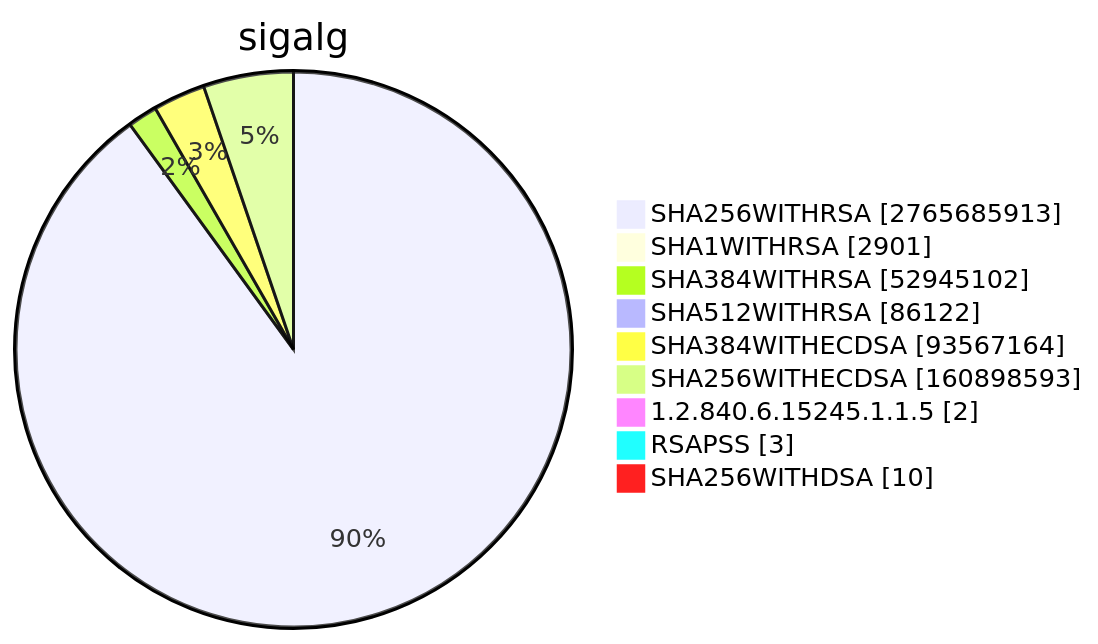
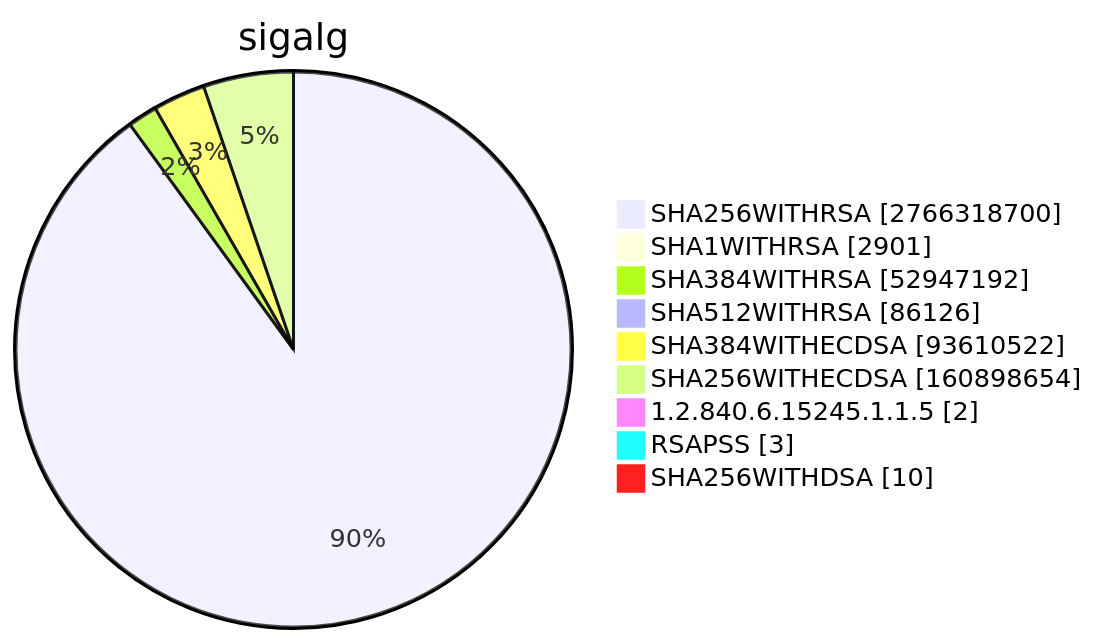
Diagram 15 of 15 in TOTAL/README.md (christiankrug/ctmonitor_visualization), drawn with Mermaid before and after one commit. The commit also changed other lines of this file, not shown here.

````diff
--- a/TOTAL/README.md
+++ b/TOTAL/README.md
@@ -6207,13 +6207,13 @@
 ```mermaid
 pie showData
 title sigalg
-"SHA256WITHRSA" :2765685913
+"SHA256WITHRSA" :2766318700
 "SHA1WITHRSA" :2901
-"SHA384WITHRSA" :52945102
-"SHA512WITHRSA" :86122
-"SHA384WITHECDSA" :93567164
-"SHA256WITHECDSA" :160898593
+"SHA384WITHRSA" :52947192
+"SHA512WITHRSA" :86126
+"SHA384WITHECDSA" :93610522
+"SHA256WITHECDSA" :160898654
 "1.2.840.6.15245.1.1.5" :2
 "RSAPSS" :3
 "SHA256WITHDSA" :10
 ```
````
